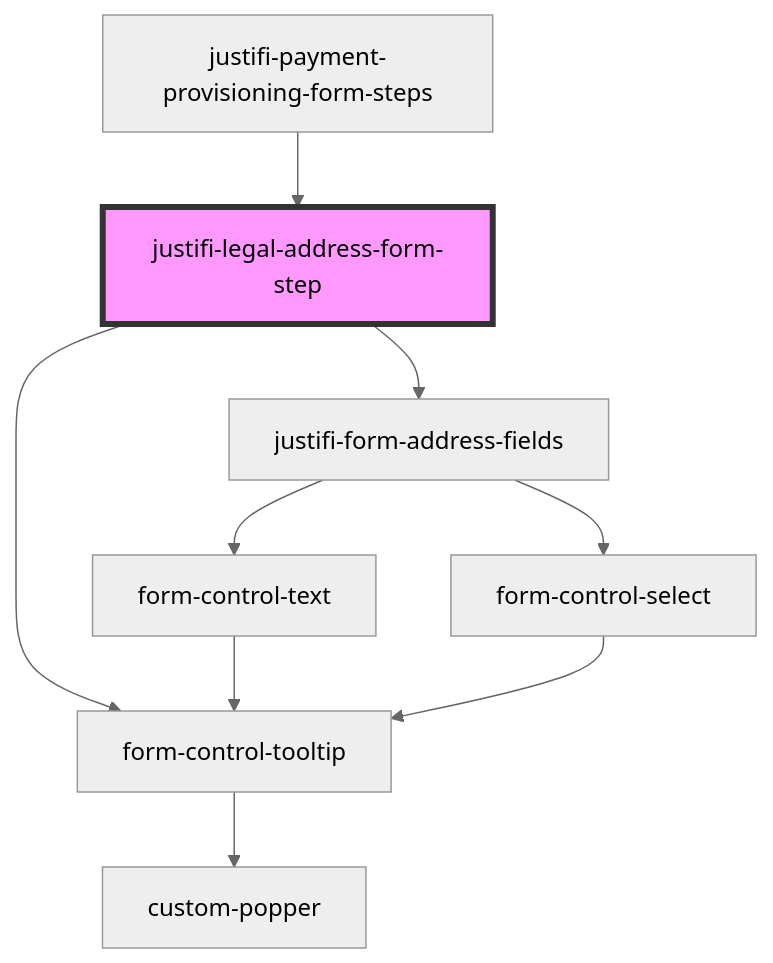
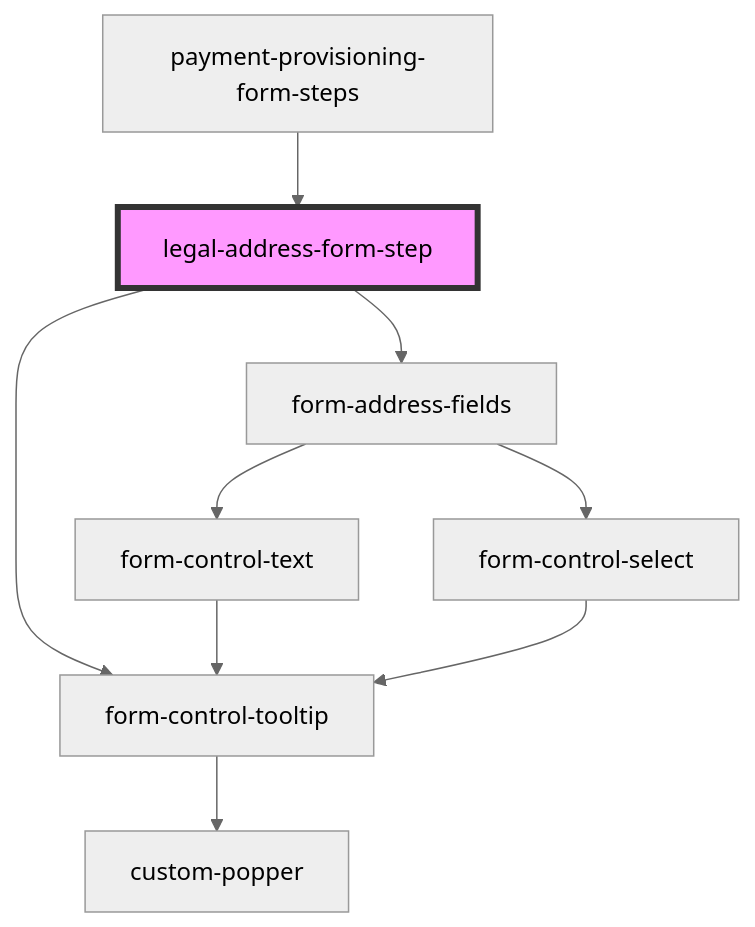
The diagram in packages/webcomponents/src/components/business-forms/payment-provisioning/legal-address-form/readme.md (justifi-tech/web-component-library), drawn with Mermaid (neutral theme) before and after one commit. The commit also changed other lines of this file and 36 other files, not shown here.

````diff
--- a/packages/webcomponents/src/components/business-forms/payment-provisioning/legal-address-form/readme.md
+++ b/packages/webcomponents/src/components/business-forms/payment-provisioning/legal-address-form/readme.md
@@ -58,12 +58,12 @@
 ```mermaid
 graph TD;
-  justifi-legal-address-form-step --> form-control-tooltip
-  justifi-legal-address-form-step --> justifi-form-address-fields
+  legal-address-form-step --> form-control-tooltip
+  legal-address-form-step --> form-address-fields
   form-control-tooltip --> custom-popper
-  justifi-form-address-fields --> form-control-text
-  justifi-form-address-fields --> form-control-select
+  form-address-fields --> form-control-text
+  form-address-fields --> form-control-select
   form-control-text --> form-control-tooltip
   form-control-select --> form-control-tooltip
-  justifi-payment-provisioning-form-steps --> justifi-legal-address-form-step
-  style justifi-legal-address-form-step fill:#f9f,stroke:#333,stroke-width:4px
+  payment-provisioning-form-steps --> legal-address-form-step
+  style legal-address-form-step fill:#f9f,stroke:#333,stroke-width:4px
 ```
````
